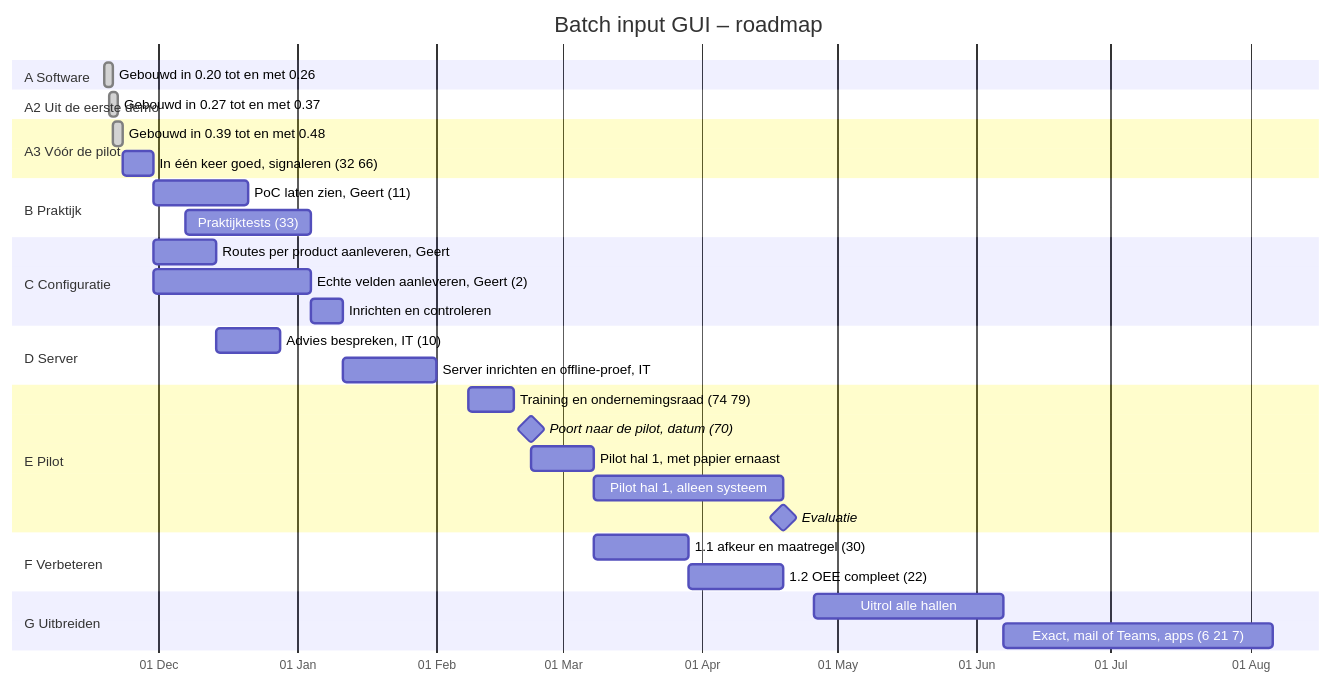
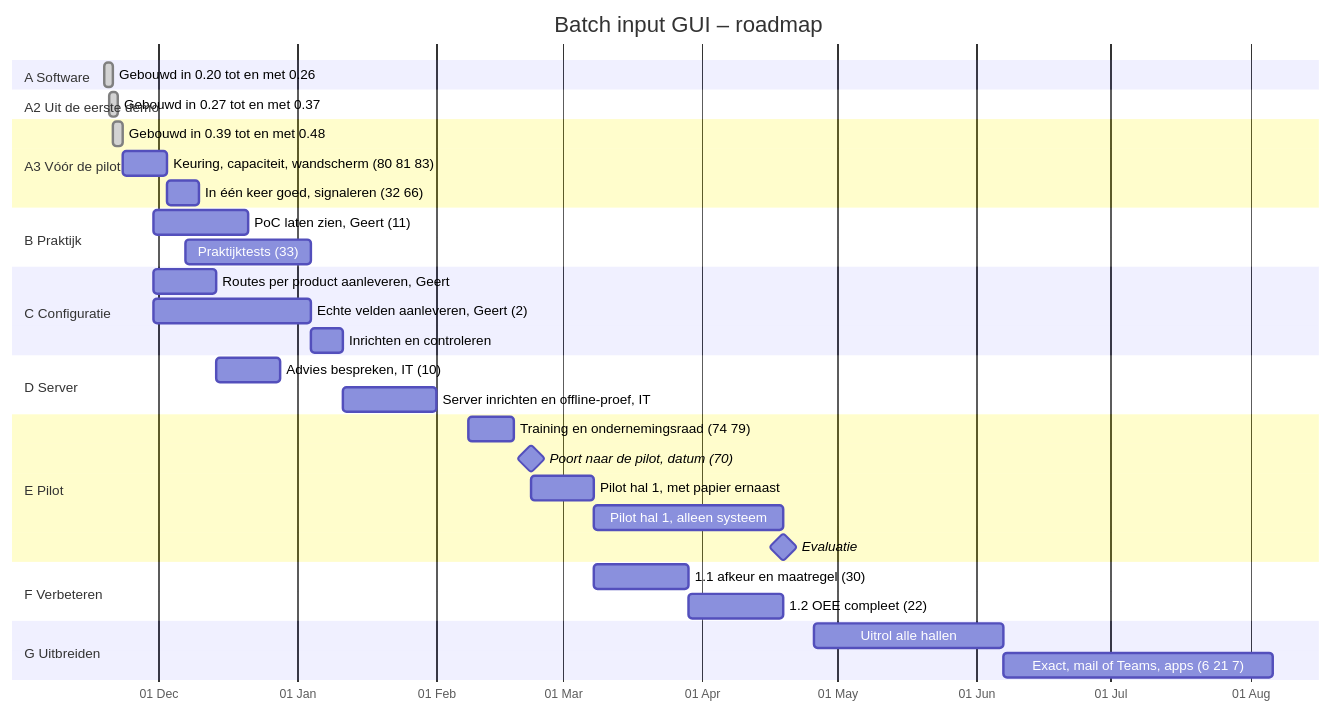
The diagram in ROADMAP.md (Gertjun/Manufacturing-Execution-System), drawn with Mermaid before and after one commit. The commit also changed other lines of this file and 15 other files, not shown here.

First line of the commit message:
0.48.2: afmelden landt altijd op de startpagina (#82); nieuwe roadmappunten #80, #81, #83

````diff
--- a/ROADMAP.md
+++ b/ROADMAP.md
@@ -12,45 +12,46 @@
 ```mermaid
 gantt
     title Batch input GUI – roadmap
     dateFormat YYYY-MM-DD
     axisFormat %d %b
     todayMarker on
 
     section A Software
     Gebouwd in 0.20 tot en met 0.26          :done, a1, 2026-11-19, 2d
 
     section A2 Uit de eerste demo
     Gebouwd in 0.27 tot en met 0.37          :done, a2, 2026-11-20, 2d
 
     section A3 Vóór de pilot
     Gebouwd in 0.39 tot en met 0.48          :done, a3a, 2026-11-21, 2d
-    In één keer goed, signaleren (32 66)     :a3b, 2026-11-23, 7d
+    Keuring, capaciteit, wandscherm (80 81 83) :a3c, 2026-11-23, 10d
+    In één keer goed, signaleren (32 66)     :a3b, after a3c, 7d
 
     section B Praktijk
     PoC laten zien, Geert (11)               :b1, 2026-11-30, 21d
     Praktijktests (33)                       :b2, 2026-12-07, 28d
 
     section C Configuratie
     Routes per product aanleveren, Geert     :c0, 2026-11-30, 14d
     Echte velden aanleveren, Geert (2)       :c1, 2026-11-30, 35d
     Inrichten en controleren                 :c2, after c1, 7d
 
     section D Server
     Advies bespreken, IT (10)                :d1, 2026-12-14, 14d
     Server inrichten en offline-proef, IT    :d2, 2027-01-11, 21d
 
     section E Pilot
     Training en ondernemingsraad (74 79)     :e0, 2027-02-08, 10d
     Poort naar de pilot, datum (70)          :milestone, m1, 2027-02-22, 0d
     Pilot hal 1, met papier ernaast          :e1, 2027-02-22, 14d
     Pilot hal 1, alleen systeem              :e2, after e1, 42d
     Evaluatie                                :milestone, m2, 2027-04-19, 0d
 
     section F Verbeteren
     1.1 afkeur en maatregel (30)             :f1, 2027-03-08, 21d
     1.2 OEE compleet (22)                    :f2, after f1, 21d
 
     section G Uitbreiden
     Uitrol alle hallen                       :g1, 2027-04-26, 42d
     Exact, mail of Teams, apps (6 21 7)      :g2, 2027-06-07, 60d
 ```
````
